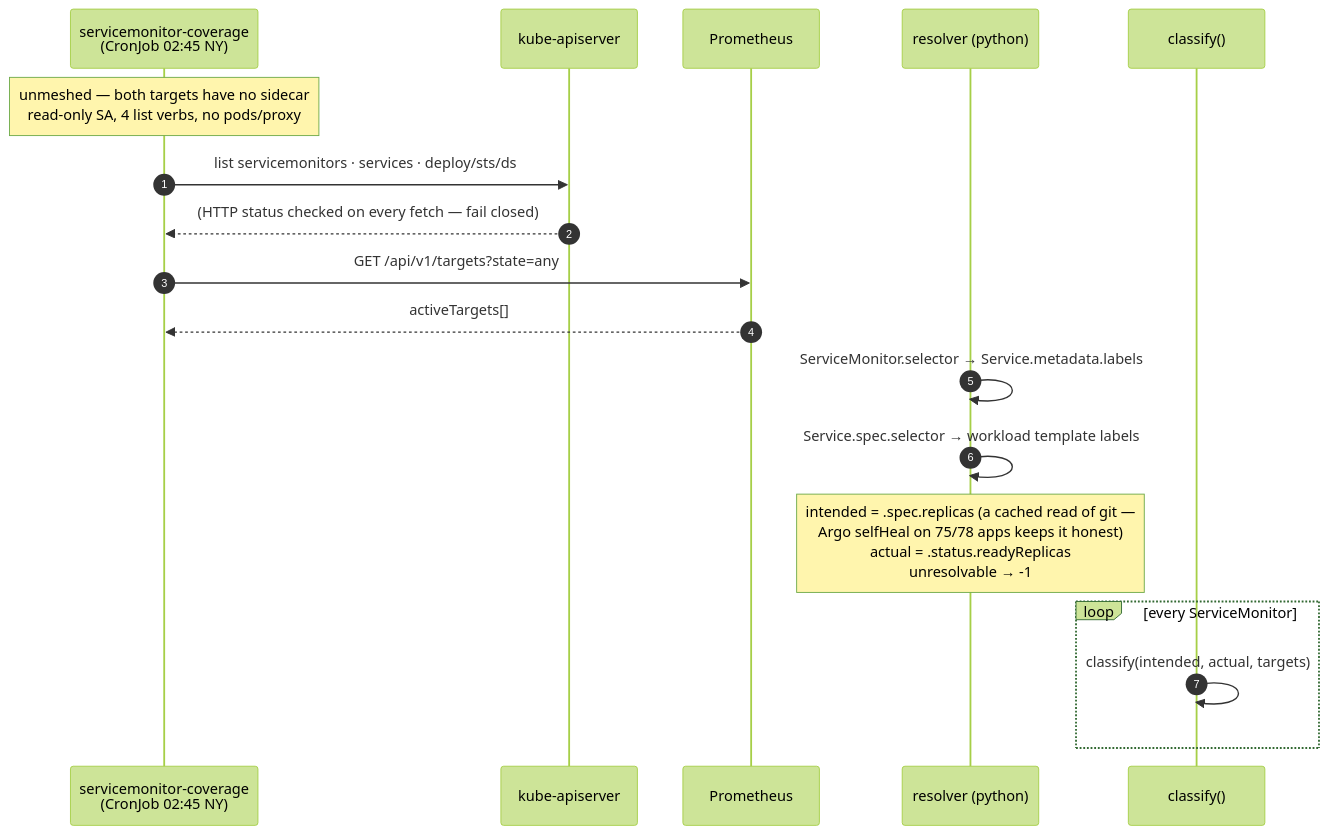
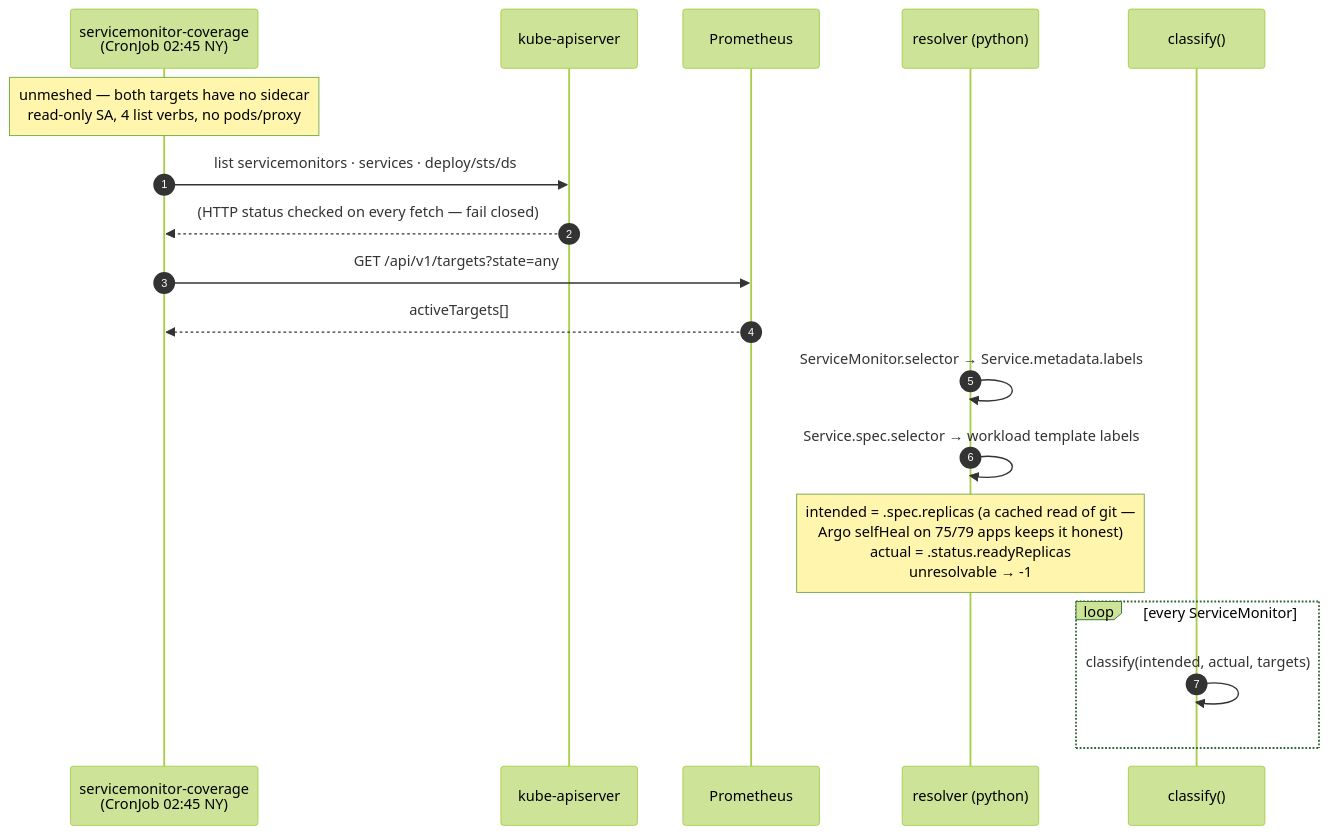
One commit to edtbl76/weyland-lab changed the second of 3 diagrams in docs/diagrams/flow-servicemonitor-coverage.md. Above: the diagram before and after it, drawn with Mermaid (forest theme). The commit also changed 17 other files, not shown here.

````diff
--- a/docs/diagrams/flow-servicemonitor-coverage.md
+++ b/docs/diagrams/flow-servicemonitor-coverage.md
@@ -36,24 +36,24 @@
 ```mermaid
 sequenceDiagram
     autonumber
     participant CJ as servicemonitor-coverage<br/>(CronJob 02:45 NY)
     participant API as kube-apiserver
     participant PROM as Prometheus
     participant RES as resolver (python)
     participant CLS as classify()
 
     Note over CJ: unmeshed — both targets have no sidecar<br/>read-only SA, 4 list verbs, no pods/proxy
 
     CJ->>API: list servicemonitors · services · deploy/sts/ds
     API-->>CJ: (HTTP status checked on every fetch — fail closed)
     CJ->>PROM: GET /api/v1/targets?state=any
     PROM-->>CJ: activeTargets[]
 
     RES->>RES: ServiceMonitor.selector → Service.metadata.labels
     RES->>RES: Service.spec.selector → workload template labels
-    Note over RES: intended = .spec.replicas (a cached read of git —<br/>Argo selfHeal on 75/78 apps keeps it honest)<br/>actual = .status.readyReplicas<br/>unresolvable → -1
+    Note over RES: intended = .spec.replicas (a cached read of git —<br/>Argo selfHeal on 75/79 apps keeps it honest)<br/>actual = .status.readyReplicas<br/>unresolvable → -1
 
     loop every ServiceMonitor
     CLS->>CLS: classify(intended, actual, targets)
     end
 ```
````
